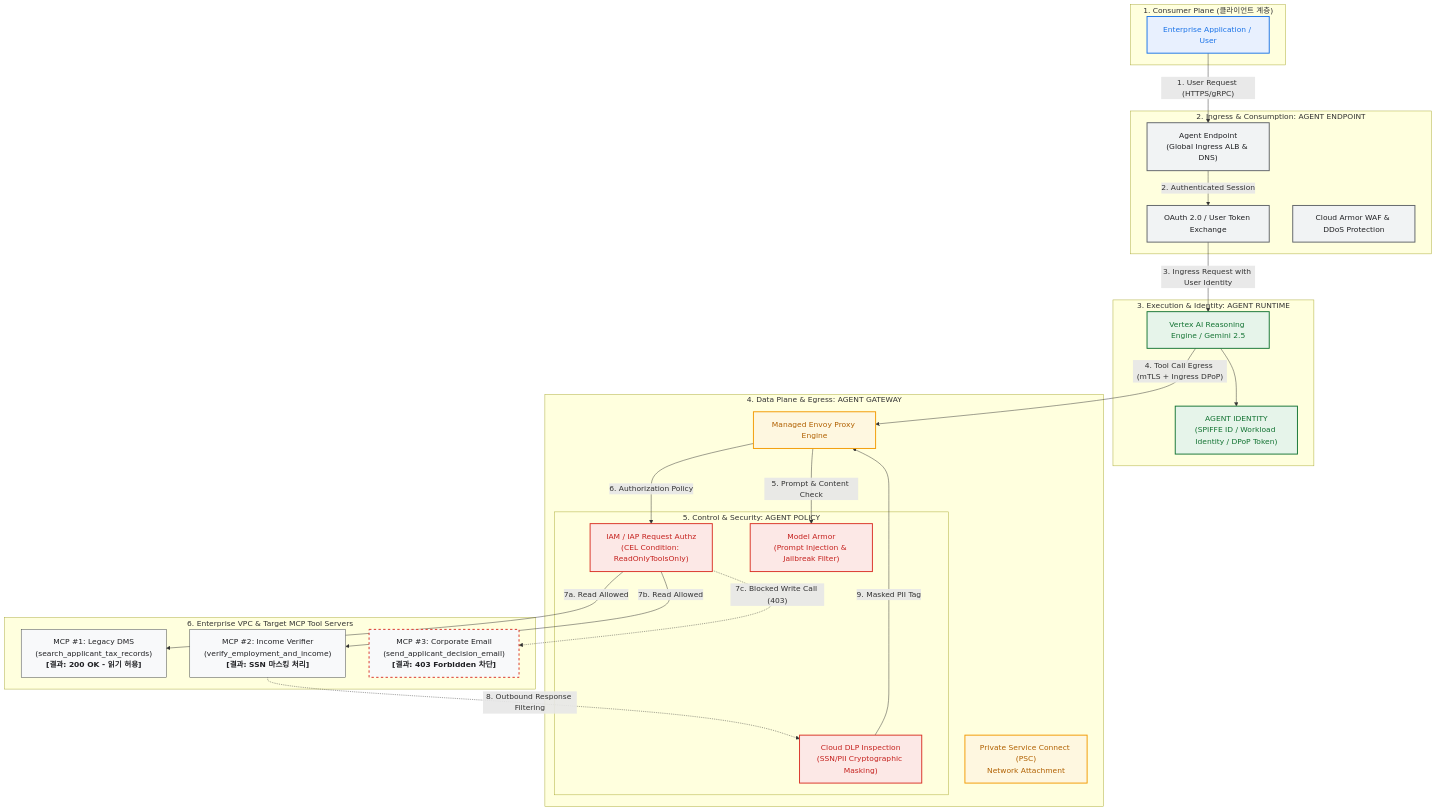
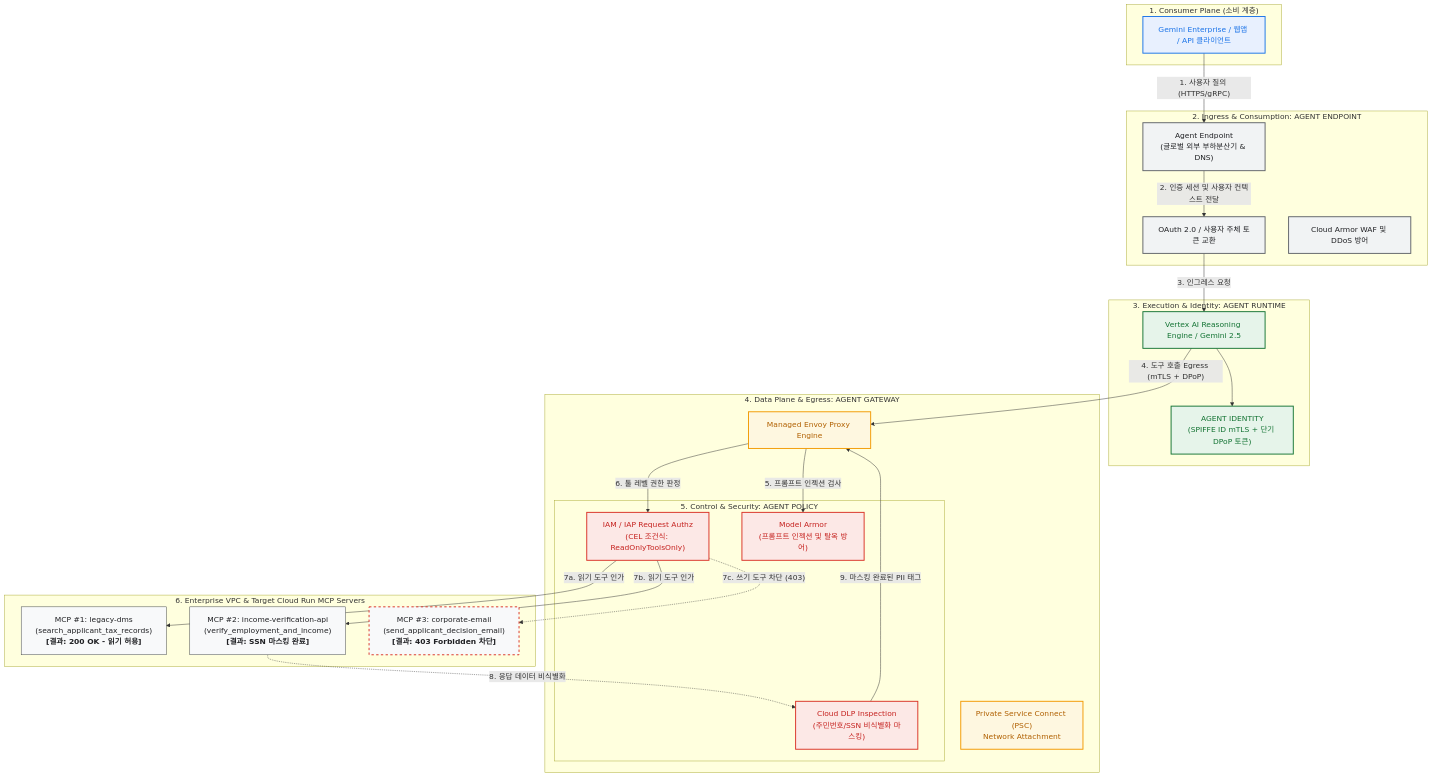
One commit to ddiger/gemini-enterprise-agent-engine changed the first of 2 diagrams in README.ko.md. Above: the diagram before and after it, drawn with Mermaid. The commit also changed other lines of this file and 122 other files, not shown here.

````diff
--- a/README.ko.md
+++ b/README.ko.md
@@ -16,58 +15,58 @@
 ```mermaid
 flowchart TD
     classDef client fill:#E8F0FE,stroke:#1A73E8,stroke-width:2px,color:#1A73E8;
     classDef ingress fill:#F1F3F4,stroke:#5F6368,stroke-width:2px,color:#202124;
     classDef runtime fill:#E6F4EA,stroke:#137333,stroke-width:2px,color:#137333;
     classDef gateway fill:#FEF7E0,stroke:#F29900,stroke-width:2px,color:#B06000;
     classDef policy fill:#FCE8E6,stroke:#D93025,stroke-width:2px,color:#C5221F;
     classDef backend fill:#F8F9FA,stroke:#3C4043,stroke-width:1px,color:#202124;
 
-    subgraph CLIENT_LAYER["1. Consumer Plane (클라이언트 계층)"]
-        Client["Enterprise Application / User"]:::client
+    subgraph CLIENT_LAYER["1. Consumer Plane (소비 계층)"]
+        Client["Gemini Enterprise / 웹앱 / API 클라이언트"]:::client
     end
 
     subgraph INGRESS_LAYER["2. Ingress & Consumption: AGENT ENDPOINT"]
-        Endpoint["Agent Endpoint<br/>(Global Ingress ALB & DNS)"]:::ingress
-        OAuth["OAuth 2.0 / User Token Exchange"]:::ingress
-        CloudArmor["Cloud Armor WAF & DDoS Protection"]:::ingress
+        Endpoint["Agent Endpoint<br/>(글로벌 외부 부하분산기 & DNS)"]:::ingress
+        OAuth["OAuth 2.0 / 사용자 주체 토큰 교환"]:::ingress
+        CloudArmor["Cloud Armor WAF 및 DDoS 방어"]:::ingress
     end
 
     subgraph RUNTIME_LAYER["3. Execution & Identity: AGENT RUNTIME"]
         Runtime["Vertex AI Reasoning Engine / Gemini 2.5"]:::runtime
-        Identity["AGENT IDENTITY<br/>(SPIFFE ID / Workload Identity / DPoP Token)"]:::runtime
+        Identity["AGENT IDENTITY<br/>(SPIFFE ID mTLS + 단기 DPoP 토큰)"]:::runtime
     end
 
     subgraph GATEWAY_LAYER["4. Data Plane & Egress: AGENT GATEWAY"]
         Envoy["Managed Envoy Proxy Engine"]:::gateway
         PSC["Private Service Connect (PSC)<br/>Network Attachment"]:::gateway
         
         subgraph POLICY_LAYER["5. Control & Security: AGENT POLICY"]
-            CEL["IAM / IAP Request Authz<br/>(CEL Condition: ReadOnlyToolsOnly)"]:::policy
-            ModelArmor["Model Armor<br/>(Prompt Injection & Jailbreak Filter)"]:::policy
-            DLP["Cloud DLP Inspection<br/>(SSN/PII Cryptographic Masking)"]:::policy
+            CEL["IAM / IAP Request Authz<br/>(CEL 조건식: ReadOnlyToolsOnly)"]:::policy
+            ModelArmor["Model Armor<br/>(프롬프트 인젝션 및 탈옥 방어)"]:::policy
+            DLP["Cloud DLP Inspection<br/>(주민번호/SSN 비식별화 마스킹)"]:::policy
         end
     end
 
-    subgraph BACKEND_LAYER["6. Enterprise VPC & Target MCP Tool Servers"]
-        DMS["MCP #1: Legacy DMS<br/>(search_applicant_tax_records)<br/><b>[결과: 200 OK - 읽기 허용]</b>"]:::backend
-        Payroll["MCP #2: Income Verifier<br/>(verify_employment_and_income)<br/><b>[결과: SSN 마스킹 처리]</b>"]:::backend
-        Email["MCP #3: Corporate Email<br/>(send_applicant_decision_email)<br/><b>[결과: 403 Forbidden 차단]</b>"]:::backend
+    subgraph BACKEND_LAYER["6. Enterprise VPC & Target Cloud Run MCP Servers"]
+        DMS["MCP #1: legacy-dms<br/>(search_applicant_tax_records)<br/><b>[결과: 200 OK - 읽기 허용]</b>"]:::backend
+        Payroll["MCP #2: income-verification-api<br/>(verify_employment_and_income)<br/><b>[결과: SSN 마스킹 완료]</b>"]:::backend
+        Email["MCP #3: corporate-email<br/>(send_applicant_decision_email)<br/><b>[결과: 403 Forbidden 차단]</b>"]:::backend
     end
 
-    Client -->|"1. User Request (HTTPS/gRPC)"| Endpoint
-    Endpoint -->|"2. Authenticated Session"| OAuth
-    OAuth -->|"3. Ingress Request with User Identity"| Runtime
+    Client -->|"1. 사용자 질의 (HTTPS/gRPC)"| Endpoint
+    Endpoint -->|"2. 인증 세션 및 사용자 컨텍스트 전달"| OAuth
+    OAuth -->|"3. 인그레스 요청"| Runtime
     Runtime --> Identity
-    Runtime -->|"4. Tool Call Egress (mTLS + Ingress DPoP)"| Envoy
+    Runtime -->|"4. 도구 호출 Egress (mTLS + DPoP)"| Envoy
 
-    Envoy -->|"5. Prompt & Content Check"| ModelArmor
-    Envoy -->|"6. Authorization Policy"| CEL
+    Envoy -->|"5. 프롬프트 인젝션 검사"| ModelArmor
+    Envoy -->|"6. 툴 레벨 권한 판정"| CEL
     
-    CEL -->|"7a. Read Allowed"| DMS
-    CEL -->|"7b. Read Allowed"| Payroll
-    Payroll -.->|"8. Outbound Response Filtering"| DLP
-    DLP -->|"9. Masked PII Tag"| Envoy
+    CEL -->|"7a. 읽기 도구 인가"| DMS
+    CEL -->|"7b. 읽기 도구 인가"| Payroll
+    Payroll -.->|"8. 응답 데이터 비식별화"| DLP
+    DLP -->|"9. 마스킹 완료된 PII 태그"| Envoy
     
-    CEL -.->|"7c. Blocked Write Call (403)"| Email
+    CEL -.->|"7c. 쓰기 도구 차단 (403)"| Email
     style Email stroke:#D93025,stroke-width:2px,stroke-dasharray: 5 5;
 ```
````
